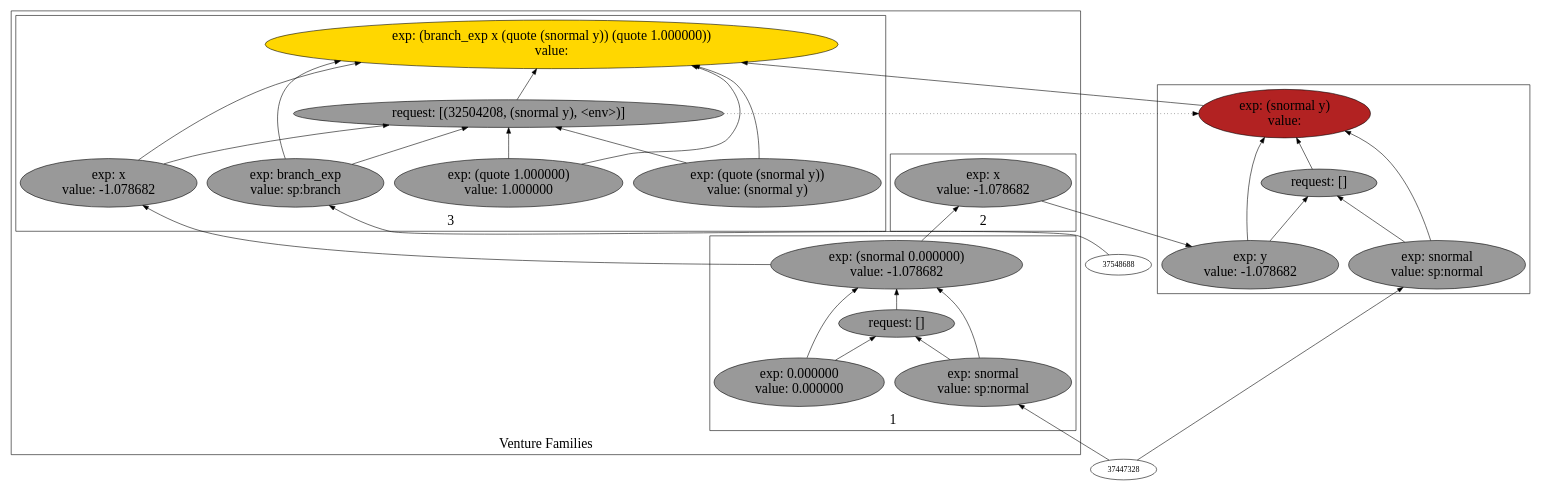
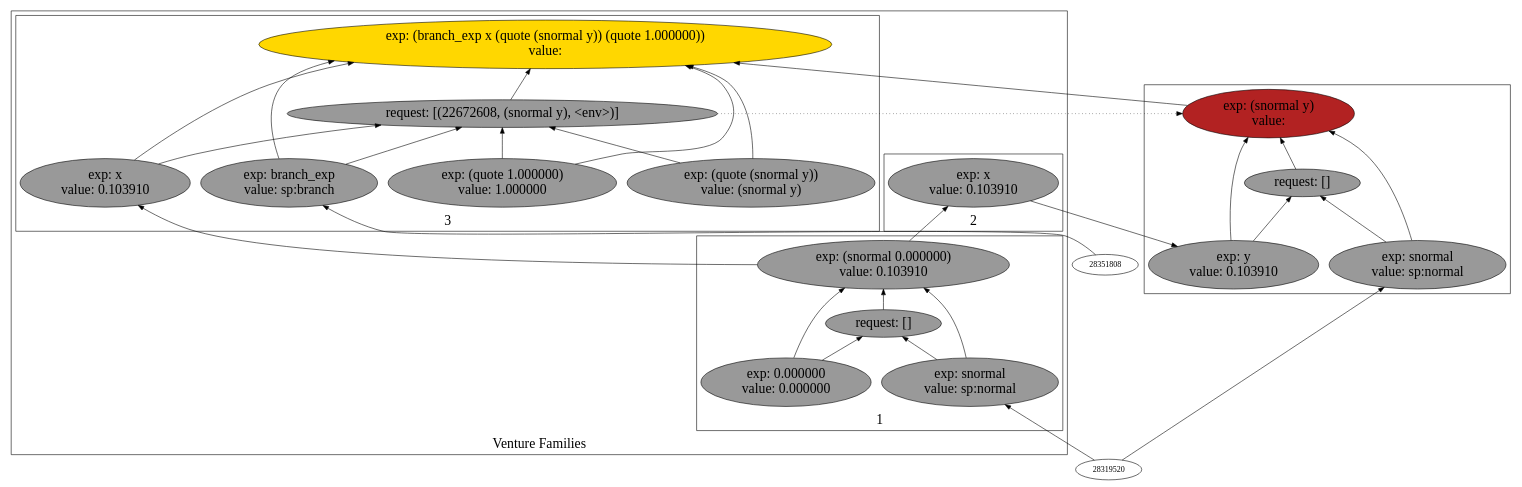
One commit to probcomp/Venturecxx changed the diagram in backend/cxx/pdf_graphs/regen_to_eval_to_regen/dot13.dot. Above: the diagram before and after it, drawn with Graphviz. The commit also changed 403 other files, not shown here.

```diff
--- a/backend/cxx/pdf_graphs/regen_to_eval_to_regen/dot13.dot
+++ b/backend/cxx/pdf_graphs/regen_to_eval_to_regen/dot13.dot
@@ -1,67 +1,67 @@
 digraph {
 rankdir=BT
 fontsize=24
 subgraph cluster1 {
 label="Venture Families"
 subgraph cluster2 {
 label="1"
-"37540816"["fillcolor"="grey60" "fontsize"="24" "label"="exp: (snormal 0.000000)\nvalue: -1.078682" "shape"="ellipse" "style"="filled" ]
-"37516064"["fillcolor"="grey60" "fontsize"="24" "label"="request: []" "shape"="ellipse" "style"="filled" ]
-"37497584"["fillcolor"="grey60" "fontsize"="24" "label"="exp: snormal\nvalue: sp:normal" "shape"="ellipse" "style"="filled" ]
-"35758960"["fillcolor"="grey60" "fontsize"="24" "label"="exp: 0.000000\nvalue: 0.000000" "shape"="ellipse" "style"="filled" ]
+"26590768"["fillcolor"="grey60" "fontsize"="24" "label"="exp: (snormal 0.000000)\nvalue: 0.103910" "shape"="ellipse" "style"="filled" ]
+"26703216"["fillcolor"="grey60" "fontsize"="24" "label"="request: []" "shape"="ellipse" "style"="filled" ]
+"25892272"["fillcolor"="grey60" "fontsize"="24" "label"="exp: snormal\nvalue: sp:normal" "shape"="ellipse" "style"="filled" ]
+"26355216"["fillcolor"="grey60" "fontsize"="24" "label"="exp: 0.000000\nvalue: 0.000000" "shape"="ellipse" "style"="filled" ]
 }
 
 subgraph cluster3 {
 label="2"
-"36008416"["fillcolor"="grey60" "fontsize"="24" "label"="exp: x\nvalue: -1.078682" "shape"="ellipse" "style"="filled" ]
+"21773440"["fillcolor"="grey60" "fontsize"="24" "label"="exp: x\nvalue: 0.103910" "shape"="ellipse" "style"="filled" ]
 }
 
 subgraph cluster4 {
 label="3"
-"32334688"["fillcolor"="gold" "fontsize"="24" "label"="exp: (branch_exp x (quote (snormal y)) (quote 1.000000))\nvalue: " "shape"="ellipse" "style"="filled" ]
-"32504208"["fillcolor"="grey60" "fontsize"="24" "label"="request: [(32504208, (snormal y), <env>)]" "shape"="ellipse" "style"="filled" ]
-"32454352"["fillcolor"="grey60" "fontsize"="24" "label"="exp: branch_exp\nvalue: sp:branch" "shape"="ellipse" "style"="filled" ]
-"32794384"["fillcolor"="grey60" "fontsize"="24" "label"="exp: x\nvalue: -1.078682" "shape"="ellipse" "style"="filled" ]
-"31227776"["fillcolor"="grey60" "fontsize"="24" "label"="exp: (quote (snormal y))\nvalue: (snormal y)" "shape"="ellipse" "style"="filled" ]
-"31215360"["fillcolor"="grey60" "fontsize"="24" "label"="exp: (quote 1.000000)\nvalue: 1.000000" "shape"="ellipse" "style"="filled" ]
+"23285904"["fillcolor"="gold" "fontsize"="24" "label"="exp: (branch_exp x (quote (snormal y)) (quote 1.000000))\nvalue: " "shape"="ellipse" "style"="filled" ]
+"22672608"["fillcolor"="grey60" "fontsize"="24" "label"="request: [(22672608, (snormal y), <env>)]" "shape"="ellipse" "style"="filled" ]
+"23627488"["fillcolor"="grey60" "fontsize"="24" "label"="exp: branch_exp\nvalue: sp:branch" "shape"="ellipse" "style"="filled" ]
+"21574256"["fillcolor"="grey60" "fontsize"="24" "label"="exp: x\nvalue: 0.103910" "shape"="ellipse" "style"="filled" ]
+"21801008"["fillcolor"="grey60" "fontsize"="24" "label"="exp: (quote (snormal y))\nvalue: (snormal y)" "shape"="ellipse" "style"="filled" ]
+"21564608"["fillcolor"="grey60" "fontsize"="24" "label"="exp: (quote 1.000000)\nvalue: 1.000000" "shape"="ellipse" "style"="filled" ]
 }
 
 }
 
 subgraph cluster5 {
 label=""
-"30301216"["fillcolor"="firebrick" "fontsize"="24" "label"="exp: (snormal y)\nvalue: " "shape"="ellipse" "style"="filled" ]
-"30753584"["fillcolor"="grey60" "fontsize"="24" "label"="request: []" "shape"="ellipse" "style"="filled" ]
-"30738144"["fillcolor"="grey60" "fontsize"="24" "label"="exp: snormal\nvalue: sp:normal" "shape"="ellipse" "style"="filled" ]
-"30941824"["fillcolor"="grey60" "fontsize"="24" "label"="exp: y\nvalue: -1.078682" "shape"="ellipse" "style"="filled" ]
+"21586576"["fillcolor"="firebrick" "fontsize"="24" "label"="exp: (snormal y)\nvalue: " "shape"="ellipse" "style"="filled" ]
+"21407376"["fillcolor"="grey60" "fontsize"="24" "label"="request: []" "shape"="ellipse" "style"="filled" ]
+"24603856"["fillcolor"="grey60" "fontsize"="24" "label"="exp: snormal\nvalue: sp:normal" "shape"="ellipse" "style"="filled" ]
+"22735856"["fillcolor"="grey60" "fontsize"="24" "label"="exp: y\nvalue: 0.103910" "shape"="ellipse" "style"="filled" ]
 }
 
-"30738144" -> "30301216"["arrowhead"="normal" "color"="black" "constraint"="true" "style"="solid" ]
-"30738144" -> "30753584"["arrowhead"="normal" "color"="black" "constraint"="true" "style"="solid" ]
-"37447328" -> "30738144"["arrowhead"="normal" "color"="black" "constraint"="true" "style"="solid" ]
-"30941824" -> "30301216"["arrowhead"="normal" "color"="black" "constraint"="true" "style"="solid" ]
-"30941824" -> "30753584"["arrowhead"="normal" "color"="black" "constraint"="true" "style"="solid" ]
-"36008416" -> "30941824"["arrowhead"="normal" "color"="black" "constraint"="true" "style"="solid" ]
-"30753584" -> "30301216"["arrowhead"="normal" "color"="black" "constraint"="true" "style"="solid" ]
-"32454352" -> "32334688"["arrowhead"="normal" "color"="black" "constraint"="true" "style"="solid" ]
-"32454352" -> "32504208"["arrowhead"="normal" "color"="black" "constraint"="true" "style"="solid" ]
-"37548688" -> "32454352"["arrowhead"="normal" "color"="black" "constraint"="true" "style"="solid" ]
-"32794384" -> "32334688"["arrowhead"="normal" "color"="black" "constraint"="true" "style"="solid" ]
-"32794384" -> "32504208"["arrowhead"="normal" "color"="black" "constraint"="true" "style"="solid" ]
-"37540816" -> "32794384"["arrowhead"="normal" "color"="black" "constraint"="true" "style"="solid" ]
-"31227776" -> "32334688"["arrowhead"="normal" "color"="black" "constraint"="true" "style"="solid" ]
-"31227776" -> "32504208"["arrowhead"="normal" "color"="black" "constraint"="true" "style"="solid" ]
-"31215360" -> "32334688"["arrowhead"="normal" "color"="black" "constraint"="true" "style"="solid" ]
-"31215360" -> "32504208"["arrowhead"="normal" "color"="black" "constraint"="true" "style"="solid" ]
-"32504208" -> "32334688"["arrowhead"="normal" "color"="black" "constraint"="true" "style"="solid" ]
-"30301216" -> "32334688"["arrowhead"="normal" "color"="black" "constraint"="true" "style"="solid" ]
-"32504208" -> "30301216"["arrowhead"="normal" "color"="black" "constraint"="false" "style"="dotted" ]
-"37540816" -> "36008416"["arrowhead"="normal" "color"="black" "constraint"="true" "style"="solid" ]
-"37497584" -> "37540816"["arrowhead"="normal" "color"="black" "constraint"="true" "style"="solid" ]
-"37497584" -> "37516064"["arrowhead"="normal" "color"="black" "constraint"="true" "style"="solid" ]
-"37447328" -> "37497584"["arrowhead"="normal" "color"="black" "constraint"="true" "style"="solid" ]
-"35758960" -> "37540816"["arrowhead"="normal" "color"="black" "constraint"="true" "style"="solid" ]
-"35758960" -> "37516064"["arrowhead"="normal" "color"="black" "constraint"="true" "style"="solid" ]
-"37516064" -> "37540816"["arrowhead"="normal" "color"="black" "constraint"="true" "style"="solid" ]
+"24603856" -> "21586576"["arrowhead"="normal" "color"="black" "constraint"="true" "style"="solid" ]
+"24603856" -> "21407376"["arrowhead"="normal" "color"="black" "constraint"="true" "style"="solid" ]
+"28319520" -> "24603856"["arrowhead"="normal" "color"="black" "constraint"="true" "style"="solid" ]
+"22735856" -> "21586576"["arrowhead"="normal" "color"="black" "constraint"="true" "style"="solid" ]
+"22735856" -> "21407376"["arrowhead"="normal" "color"="black" "constraint"="true" "style"="solid" ]
+"21773440" -> "22735856"["arrowhead"="normal" "color"="black" "constraint"="true" "style"="solid" ]
+"21407376" -> "21586576"["arrowhead"="normal" "color"="black" "constraint"="true" "style"="solid" ]
+"26590768" -> "21773440"["arrowhead"="normal" "color"="black" "constraint"="true" "style"="solid" ]
+"23627488" -> "23285904"["arrowhead"="normal" "color"="black" "constraint"="true" "style"="solid" ]
+"23627488" -> "22672608"["arrowhead"="normal" "color"="black" "constraint"="true" "style"="solid" ]
+"28351808" -> "23627488"["arrowhead"="normal" "color"="black" "constraint"="true" "style"="solid" ]
+"21574256" -> "23285904"["arrowhead"="normal" "color"="black" "constraint"="true" "style"="solid" ]
+"21574256" -> "22672608"["arrowhead"="normal" "color"="black" "constraint"="true" "style"="solid" ]
+"26590768" -> "21574256"["arrowhead"="normal" "color"="black" "constraint"="true" "style"="solid" ]
+"21801008" -> "23285904"["arrowhead"="normal" "color"="black" "constraint"="true" "style"="solid" ]
+"21801008" -> "22672608"["arrowhead"="normal" "color"="black" "constraint"="true" "style"="solid" ]
+"21564608" -> "23285904"["arrowhead"="normal" "color"="black" "constraint"="true" "style"="solid" ]
+"21564608" -> "22672608"["arrowhead"="normal" "color"="black" "constraint"="true" "style"="solid" ]
+"22672608" -> "23285904"["arrowhead"="normal" "color"="black" "constraint"="true" "style"="solid" ]
+"21586576" -> "23285904"["arrowhead"="normal" "color"="black" "constraint"="true" "style"="solid" ]
+"22672608" -> "21586576"["arrowhead"="normal" "color"="black" "constraint"="false" "style"="dotted" ]
+"25892272" -> "26590768"["arrowhead"="normal" "color"="black" "constraint"="true" "style"="solid" ]
+"25892272" -> "26703216"["arrowhead"="normal" "color"="black" "constraint"="true" "style"="solid" ]
+"28319520" -> "25892272"["arrowhead"="normal" "color"="black" "constraint"="true" "style"="solid" ]
+"26355216" -> "26590768"["arrowhead"="normal" "color"="black" "constraint"="true" "style"="solid" ]
+"26355216" -> "26703216"["arrowhead"="normal" "color"="black" "constraint"="true" "style"="solid" ]
+"26703216" -> "26590768"["arrowhead"="normal" "color"="black" "constraint"="true" "style"="solid" ]
 
 }
```
